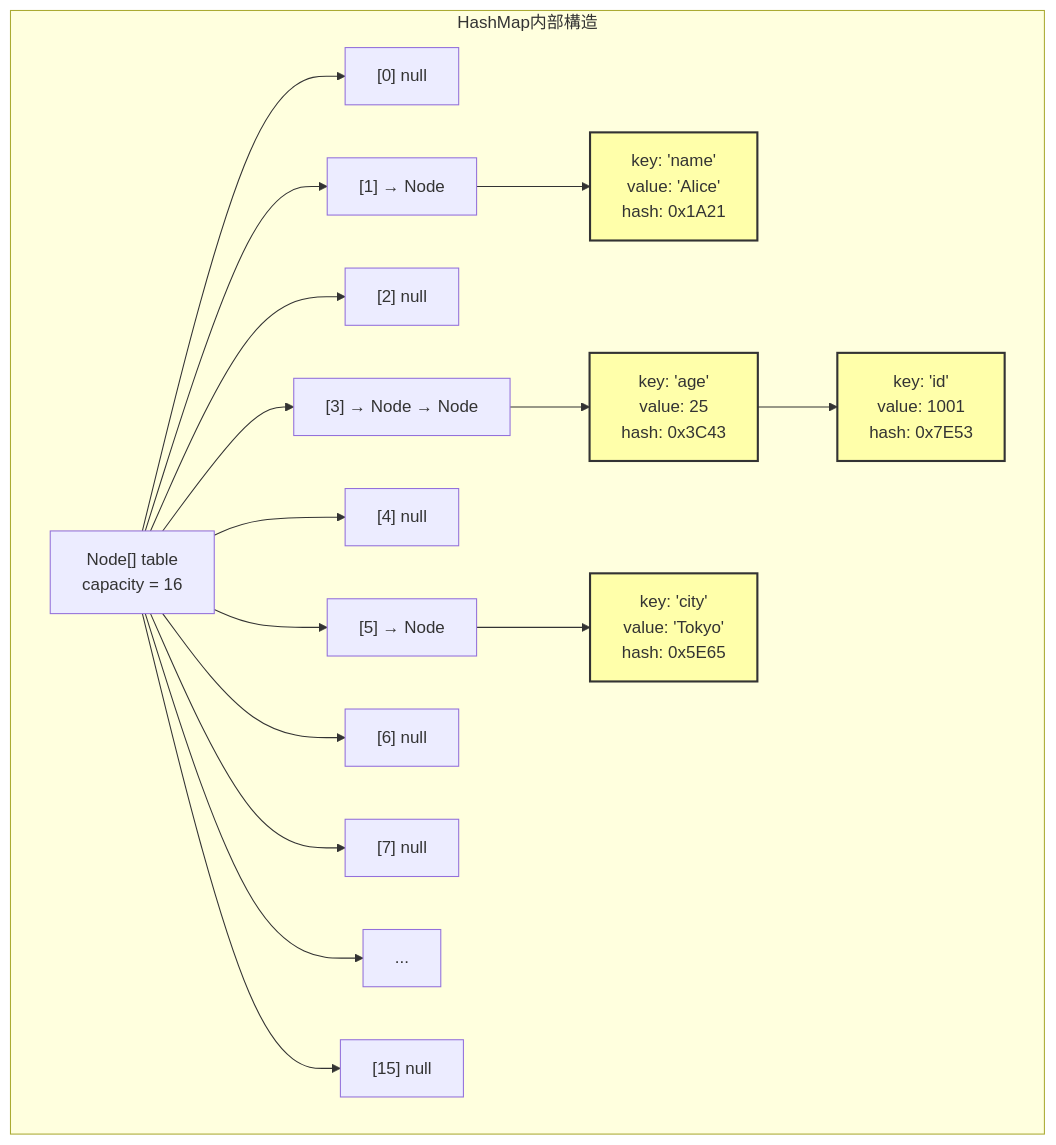
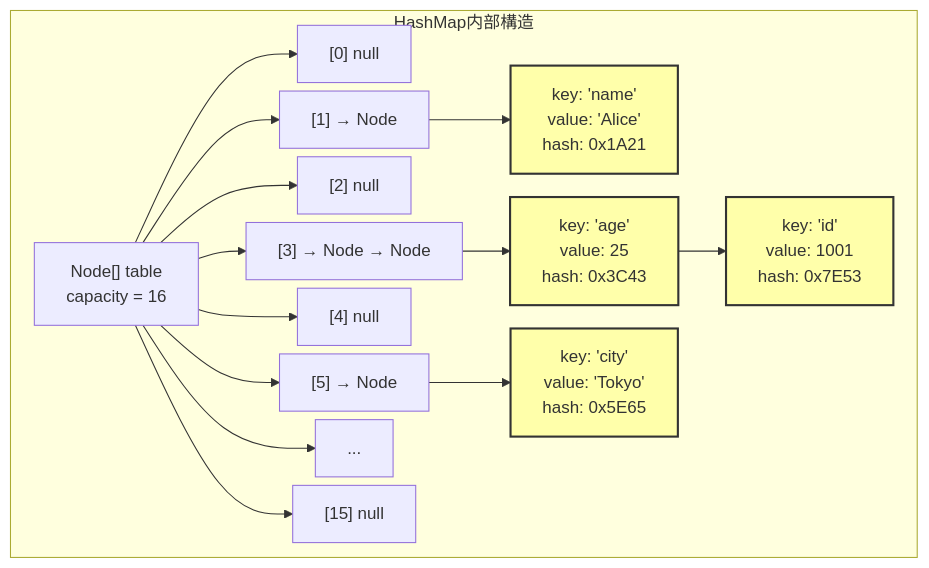
Before and after one commit to Nagatani/techbook-java-primer: the diagram in docs/diagrams/chapter09-hashmap-structure.mmd, drawn with Mermaid. The commit also changed 86 other files, not shown here.

First line of the commit message:
feat: 図の文字をBIZ UDPゴシックにする

```diff
--- a/docs/diagrams/chapter09-hashmap-structure.mmd
+++ b/docs/diagrams/chapter09-hashmap-structure.mmd
@@ -1,40 +1,42 @@
+---
+config:
+  flowchart:
+    nodeSpacing: 8
+    rankSpacing: 20
+---
 graph TD
     subgraph "HashMap内部構造"
         buckets["Node[] table<br/>capacity = 16"]
         b0["[0] null"]
         b1["[1] → Node"]
         b2["[2] null"]
         b3["[3] → Node → Node"]
         b4["[4] null"]
         b5["[5] → Node"]
-        b6["[6] null"]
-        b7["[7] null"]
         dots["..."]
         b15["[15] null"]
         
         entry1["key: 'name'<br/>value: 'Alice'<br/>hash: 0x1A21"]
         entry2["key: 'age'<br/>value: 25<br/>hash: 0x3C43"]
         entry3["key: 'city'<br/>value: 'Tokyo'<br/>hash: 0x5E65"]
         entry4["key: 'id'<br/>value: 1001<br/>hash: 0x7E53"]
         
         buckets --> b0
         buckets --> b1
         buckets --> b2
         buckets --> b3
         buckets --> b4
         buckets --> b5
-        buckets --> b6
-        buckets --> b7
         buckets --> dots
         buckets --> b15
         
         b1 --> entry1
         b3 --> entry2
         entry2 --> entry4
         b5 --> entry3
     end
     
     style entry1 fill:#ffa,stroke:#333,stroke-width:2px
     style entry2 fill:#ffa,stroke:#333,stroke-width:2px
     style entry3 fill:#ffa,stroke:#333,stroke-width:2px
     style entry4 fill:#ffa,stroke:#333,stroke-width:2px
```
